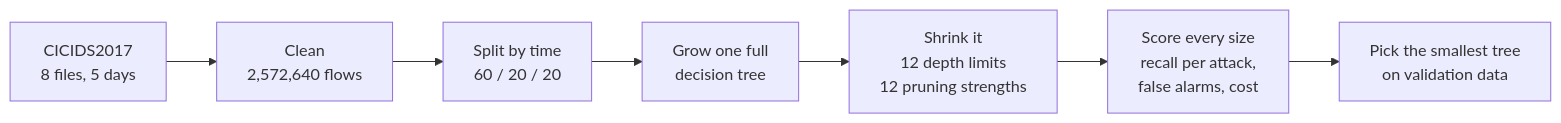
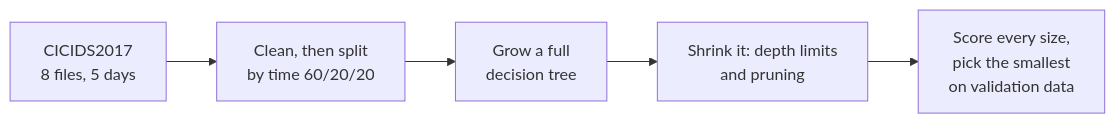
One commit to anushjindal19/threat-detection-model changed the diagram in README.md. Above: the diagram before and after it, drawn with Mermaid. The commit also changed other lines of this file, not shown here.

Commit message:
README: simplify the method diagram

````diff
--- a/README.md
+++ b/README.md
@@ -83,9 +84,7 @@
 ```mermaid
 flowchart LR
-    A["CICIDS2017<br/>8 files, 5 days"] --> B["Clean<br/>2,572,640 flows"]
-    B --> C["Split by time<br/>60 / 20 / 20"]
-    C --> D["Grow one full<br/>decision tree"]
-    D --> E["Shrink it<br/>12 depth limits<br/>12 pruning strengths"]
-    E --> F["Score every size<br/>recall per attack,<br/>false alarms, cost"]
-    F --> G["Pick the smallest tree<br/>on validation data"]
+    A["CICIDS2017<br/>8 files, 5 days"] --> B["Clean, then split<br/>by time 60/20/20"]
+    B --> C["Grow a full<br/>decision tree"]
+    C --> D["Shrink it: depth limits<br/>and pruning"]
+    D --> E["Score every size,<br/>pick the smallest<br/>on validation data"]
 ```
````
